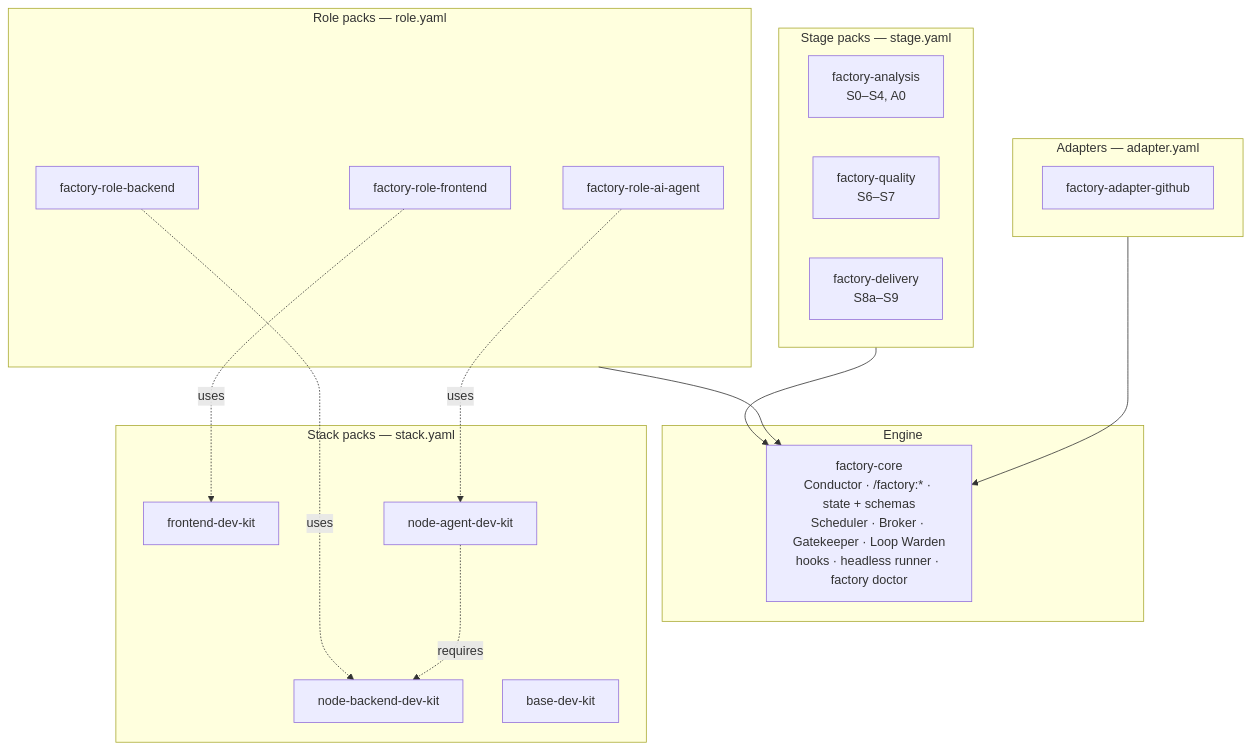
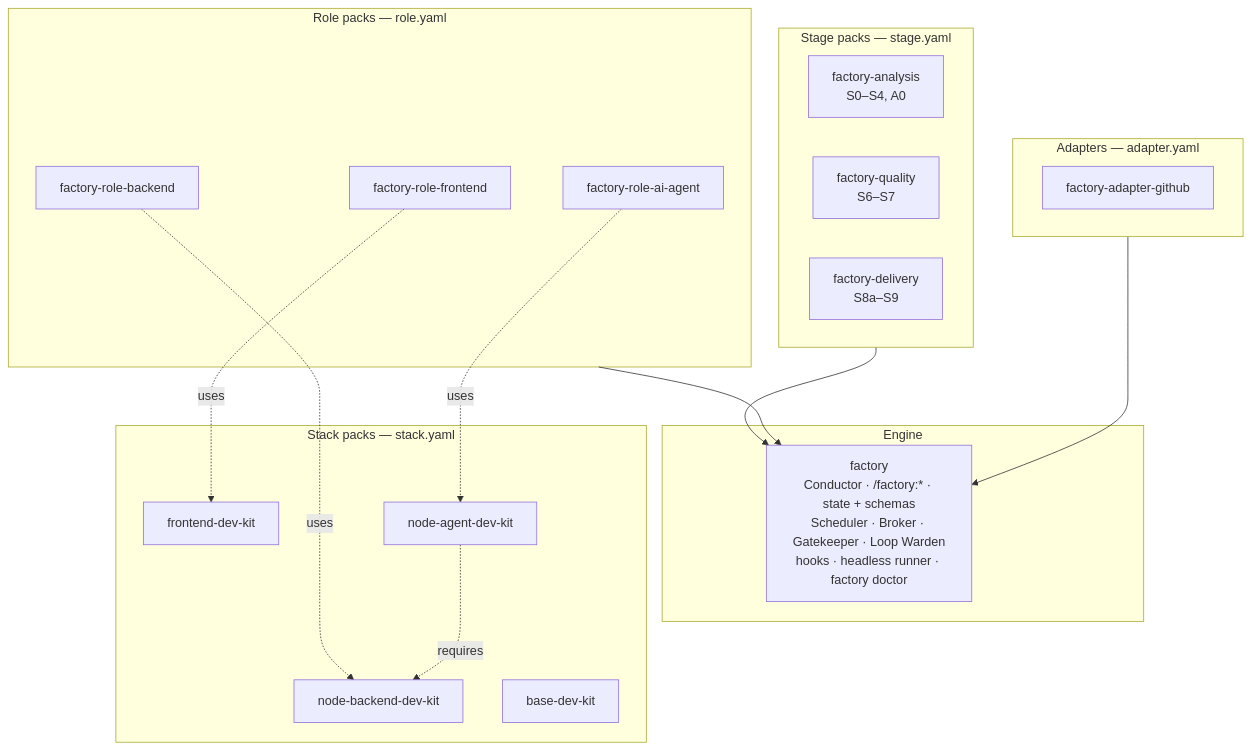
The second of 2 diagrams in Suggestions/10-configuration-and-extensibility.md (Ksarelto/dev-AI-plugins), drawn with Mermaid before and after one commit. The commit also changed other lines of this file and 149 other files, not shown here.

````diff
--- a/Suggestions/10-configuration-and-extensibility.md
+++ b/Suggestions/10-configuration-and-extensibility.md
@@ -167,32 +167,32 @@
 ```mermaid
 flowchart TB
     subgraph L1["Engine"]
-        CORE["factory-core<br/>Conductor · /factory:* · state + schemas<br/>Scheduler · Broker · Gatekeeper · Loop Warden<br/>hooks · headless runner · factory doctor"]
+        CORE["factory<br/>Conductor · /factory:* · state + schemas<br/>Scheduler · Broker · Gatekeeper · Loop Warden<br/>hooks · headless runner · factory doctor"]
     end
     subgraph L2["Stage packs — stage.yaml"]
         AN[factory-analysis<br/>S0–S4, A0]
         QU[factory-quality<br/>S6–S7]
         DE[factory-delivery<br/>S8a–S9]
     end
     subgraph L3["Role packs — role.yaml"]
         RF[factory-role-frontend]
         RB[factory-role-backend]
         RA[factory-role-ai-agent]
     end
     subgraph L4["Stack packs — stack.yaml"]
         SF[frontend-dev-kit]
         SB[node-backend-dev-kit]
         SA[node-agent-dev-kit]
         BD[base-dev-kit]
     end
     subgraph L5["Adapters — adapter.yaml"]
         GH[factory-adapter-github]
     end
     L2 --> CORE
     L3 --> CORE
     L5 --> CORE
     RF -.uses.-> SF
     RB -.uses.-> SB
     RA -.uses.-> SA
     SA -.requires.-> SB
 ```
````
